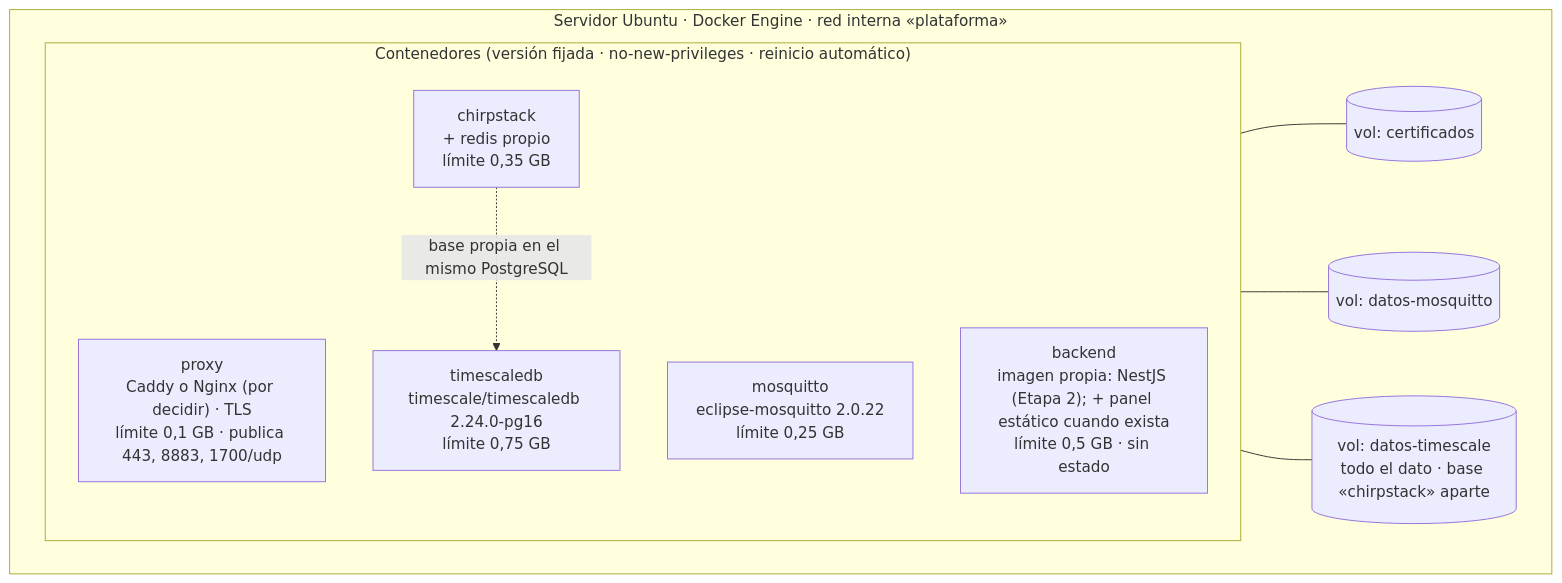
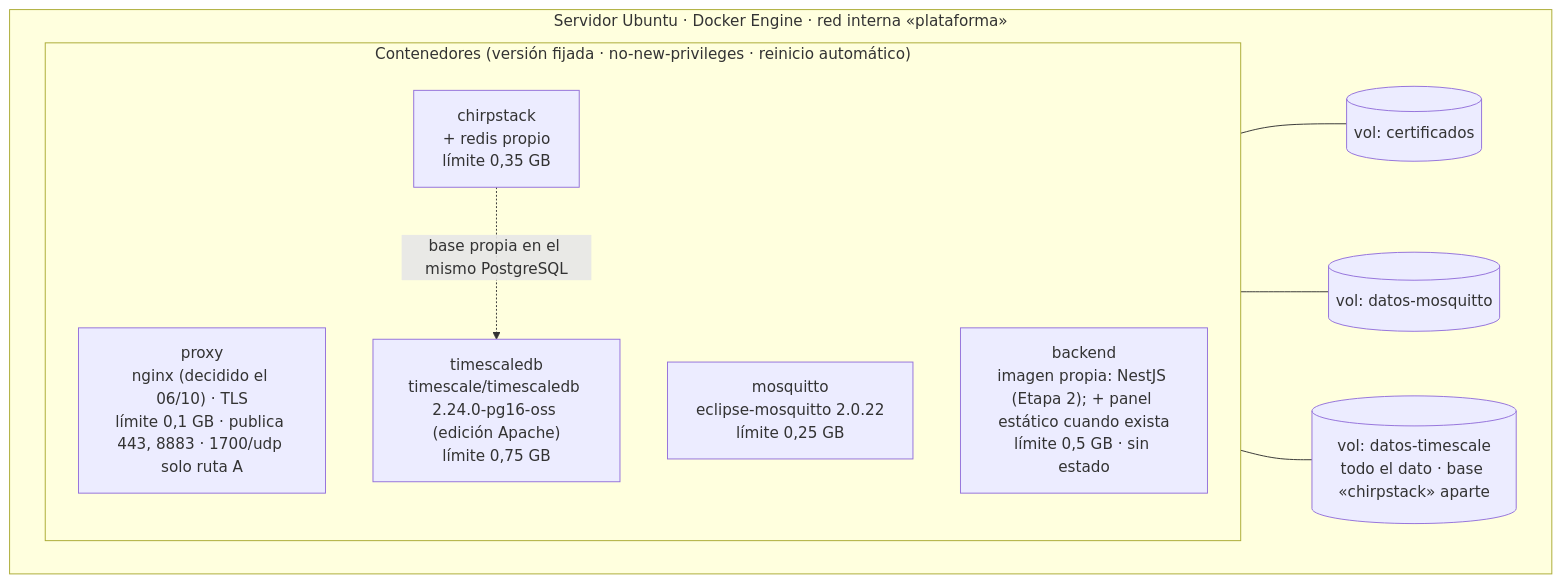
Before and after one commit to vicenterami/tesis: the sixth of 6 diagrams in docs/10-arquitectura.md, drawn with Mermaid. The commit also changed other lines of this file and 8 other files, not shown here.

First line of the commit message:
Adopta la edición Apache de TimescaleDB, fija nginx como proxy y registra las decisiones de la noche del 06/10

````diff
--- a/docs/10-arquitectura.md
+++ b/docs/10-arquitectura.md
@@ -420,21 +420,21 @@
 ```mermaid
 flowchart TB
     subgraph HOST["Servidor Ubuntu · Docker Engine · red interna «plataforma»"]
         direction LR
         subgraph SVC["Contenedores (versión fijada · no-new-privileges · reinicio automático)"]
             direction TB
-            C5["proxy<br/>Caddy o Nginx (por decidir) · TLS<br/>límite 0,1 GB · publica 443, 8883, 1700/udp"]
+            C5["proxy<br/>nginx (decidido el 06/10) · TLS<br/>límite 0,1 GB · publica 443, 8883 · 1700/udp solo ruta A"]
             C1["mosquitto<br/>eclipse-mosquitto 2.0.22<br/>límite 0,25 GB"]
             C2["chirpstack<br/>+ redis propio<br/>límite 0,35 GB"]
             C4["backend<br/>imagen propia: NestJS (Etapa 2); + panel estático cuando exista<br/>límite 0,5 GB · sin estado"]
-            C3["timescaledb<br/>timescale/timescaledb 2.24.0-pg16<br/>límite 0,75 GB"]
+            C3["timescaledb<br/>timescale/timescaledb 2.24.0-pg16-oss (edición Apache)<br/>límite 0,75 GB"]
         end
         V4[("vol: certificados")]
         V2[("vol: datos-mosquitto")]
         V1[("vol: datos-timescale<br/>todo el dato · base «chirpstack» aparte")]
     end
     C5 --- V4
     C1 --- V2
     C3 --- V1
     C2 -. "base propia en el mismo PostgreSQL" .-> C3
 ```
````
